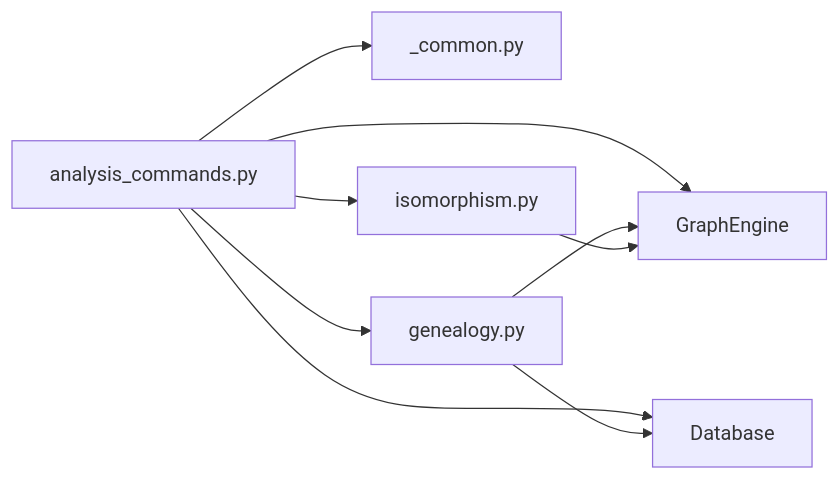
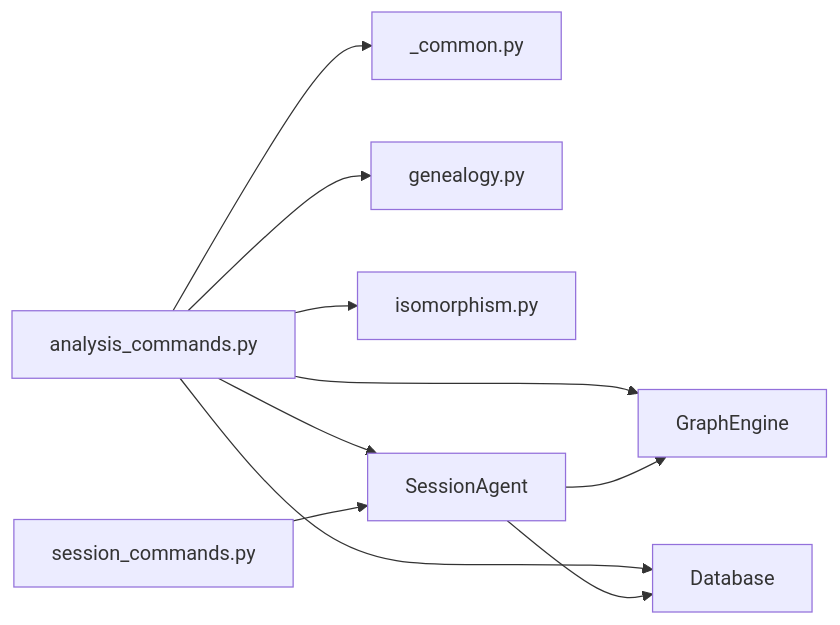
Before and after one commit to UynajGI/drbrain: the fourth of 4 diagrams in .qoder/repowiki/zh/content/CLI 命令参考/分析探索命令.md, drawn with Mermaid. The commit also changed other lines of this file and 7 other files, not shown here.

First line of the commit message:
docs: 同步 Session Agent 集成到文档和记忆

````diff
--- a/.qoder/repowiki/zh/content/CLI 命令参考/分析探索命令.md
+++ b/.qoder/repowiki/zh/content/CLI 命令参考/分析探索命令.md
@@ -331,11 +406,12 @@
 ```mermaid
 graph LR
 AC["analysis_commands.py"] --> GE["GraphEngine"]
 AC --> DB["Database"]
 AC --> CM["_common.py"]
 AC --> GEN["genealogy.py"]
 AC --> ISO["isomorphism.py"]
-GEN --> DB
-GEN --> GE
-ISO --> GE
+AC --> SA["SessionAgent"]
+SA --> DB
+SA --> GE
+SC["session_commands.py"] --> SA
 ```
````
